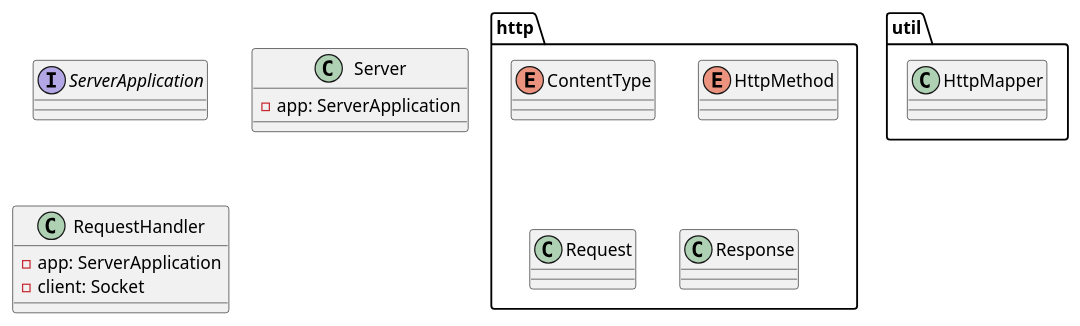
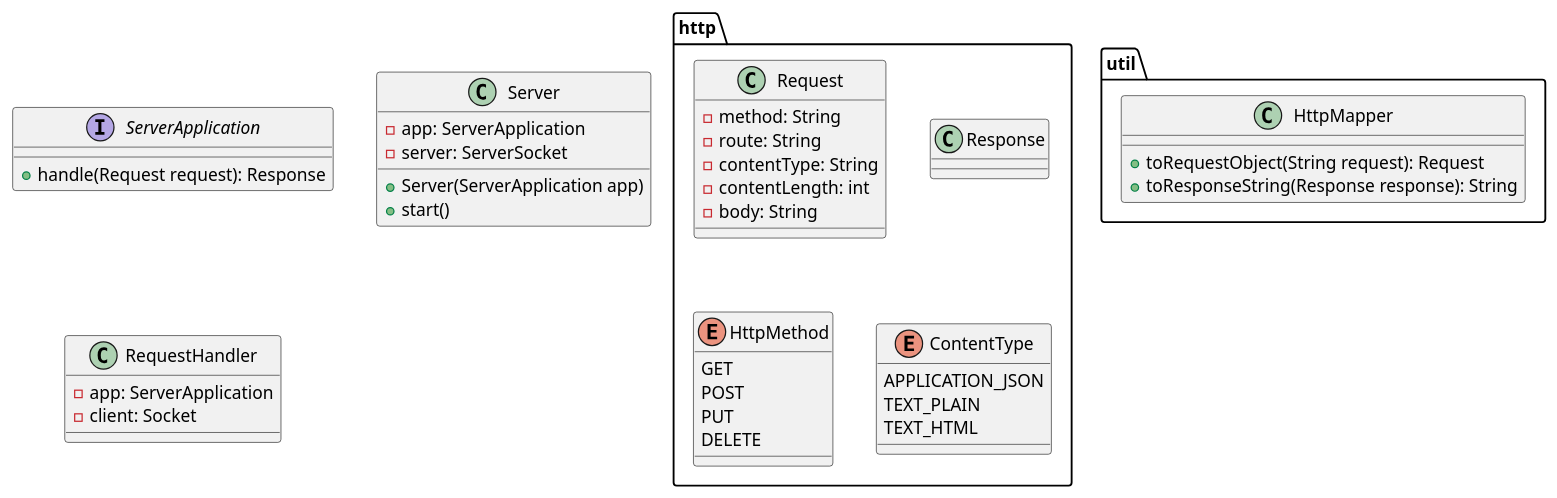
The diagram in uml/server_classes.puml (philippchn/WS23_SWEN1_MTCG), drawn with PlantUML before and after one commit. The commit also changed 20 other files, not shown here.

```diff
--- a/uml/server_classes.puml
+++ b/uml/server_classes.puml
@@ -1,30 +1,58 @@
 @startuml
-'https://plantuml.com/class-diagram
 
-package http
-{
-    enum ContentType
-    enum HttpMethod
-    class Request
-    class Response
+package http {
+
+    class Request {
+        - method: String
+        - route: String
+        - contentType: String
+        - contentLength: int
+        - body: String
+    }
+
+    class Response {
+
+    }
+
+    enum HttpMethod {
+        GET
+        POST
+        PUT
+        DELETE
+    }
+
+    enum ContentType {
+        APPLICATION_JSON
+        TEXT_PLAIN
+        TEXT_HTML
+    }
+
 }
 
-package util
-{
-    class HttpMapper
+package util {
+
+    class HttpMapper {
+        + toRequestObject(String request): Request
+        + toResponseString(Response response): String
+    }
+
 }
 
-interface ServerApplication
-
-class Server
-{
-    - app: ServerApplication
+interface ServerApplication {
+    + handle(Request request): Response
 }
 
-class RequestHandler
-{
+class Server {
+    - app: ServerApplication
+    - server: ServerSocket
+
+    + Server(ServerApplication app)
+    + start()
+}
+
+class RequestHandler {
     - app: ServerApplication
     - client: Socket
 }
 
 @enduml
```
